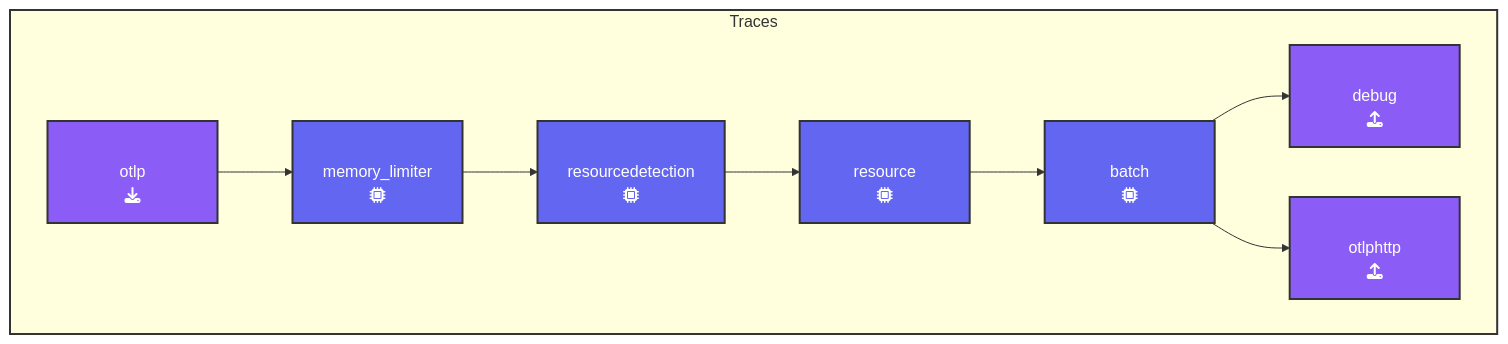
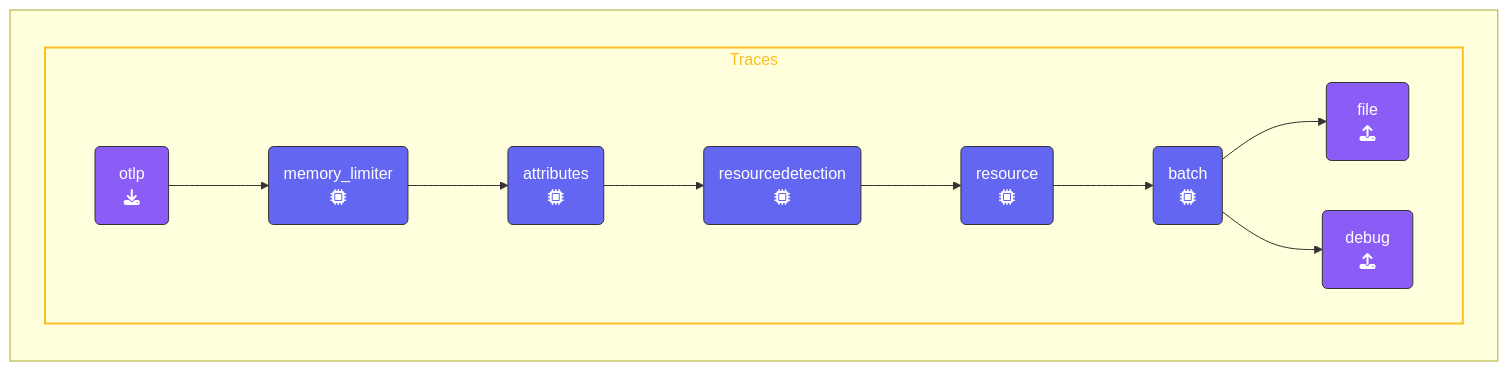
One commit to splunk/observability-workshop changed the diagram in content/en/ninja-workshops/10-advanced-otel/5-dropping-spans/_index.md. Above: the diagram before and after it, drawn with Mermaid. The commit also changed other lines of this file, not shown here.

Commit message:
Updated Mermaid chart

````diff
--- a/content/en/ninja-workshops/10-advanced-otel/5-dropping-spans/_index.md
+++ b/content/en/ninja-workshops/10-advanced-otel/5-dropping-spans/_index.md
@@ -57,27 +57,31 @@
 ```mermaid
+%%{init:{"fontFamily":"monospace"}}%%
 graph LR
-  subgraph box[Traces]
-    direction LR
     %% Nodes
-      A[otlp<br>fa:fa-download]:::receiver
-      D[memory_limiter<br>fa:fa-microchip]:::processor
-      E[resource<br>fa:fa-microchip]:::processor
-      F[resourcedetection<br>fa:fa-microchip]:::processor      
-      J[batch<br>fa:fa-microchip]:::processor
-      L[debug<br>fa:fa-upload]:::exporter
-      N[otlphttp<br>fa:fa-upload]:::exporter
-
+      REC1(&nbsp;&nbsp;otlp&nbsp;&nbsp;<br>fa:fa-download):::receiver
+      PRO1(memory_limiter<br>fa:fa-microchip):::processor
+      PRO2(resourcedetection<br>fa:fa-microchip):::processor
+      PRO3(resource<br>fa:fa-microchip):::processor
+      PRO5(batch<br>fa:fa-microchip):::processor
+      PRO6(attributes<br>fa:fa-microchip):::processor
+      EXP1(&ensp;debug&ensp;<br>fa:fa-upload):::exporter
+      EXP2(&ensp;&ensp;file&ensp;&ensp;<br>fa:fa-upload):::exporter
+    %% Links
+    subID1:::sub-traces
+    subgraph " "
+      subgraph subID1[Traces]
+      direction LR
+      REC1 --> PRO1
+      PRO1 --> PRO6
+      PRO6 --> PRO2
+      PRO2 --> PRO3
+      PRO3 --> PRO5
+      PRO5 --> EXP2
+      PRO5 --> EXP1
+      end
     end
-    %% Links
-      A --> D
-      D --> F
-      F --> E
-      E --> J
-      J --> L
-      J --> N
-
-classDef receiver fill:#8b5cf6,stroke:#333,stroke-width:2px,padding-left:110px,color:#fff;
-classDef processor fill:#6366f1,stroke:#333,stroke-width:2px,padding-left:110px,color:#fff;
-classDef exporter fill:#8b5cf6,stroke:#333,stroke-width:2px, padding-left:110px,color:#fff;
-style box stroke:#333,stroke-width:2px,fill:#f9a9a9a;
+classDef receiver,exporter fill:#8b5cf6,stroke:#333,stroke-width:1px,color:#fff;
+classDef processor fill:#6366f1,stroke:#333,stroke-width:1px,color:#fff;
+classDef con-receive,con-export fill:#45c175,stroke:#333,stroke-width:1px,color:#fff;
+classDef sub-traces stroke:#fbbf24,stroke-width:2px, color:#fbbf24;
 ```
````
